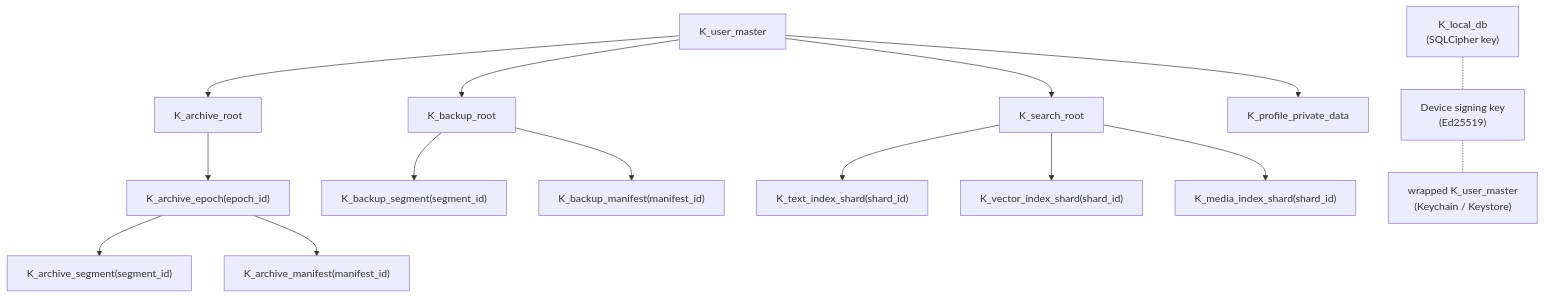
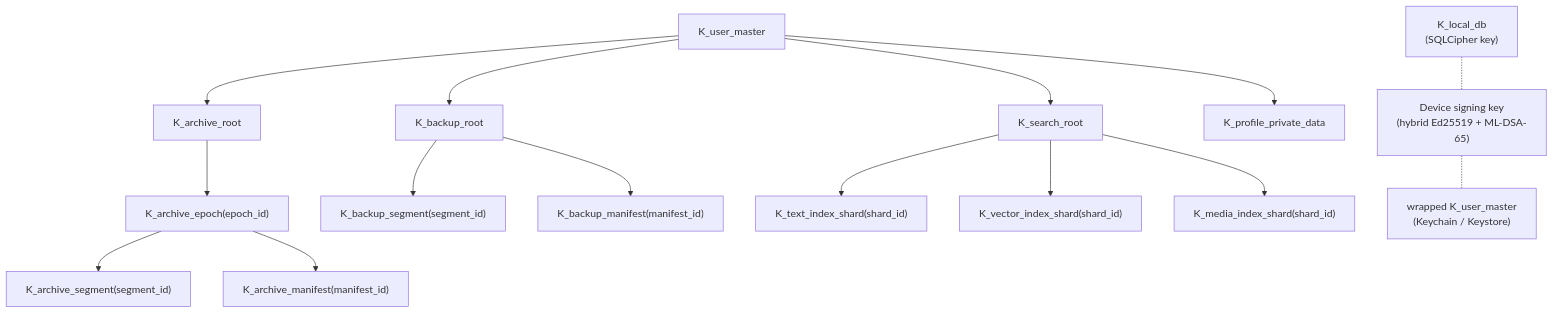
Before and after one commit to kennguy3n/chat-storage-search: diagram 14 of 34 in docs/ARCHITECTURE.md, drawn with Mermaid. The commit also changed other lines of this file and 22 other files, not shown here.

````diff
--- a/docs/ARCHITECTURE.md
+++ b/docs/ARCHITECTURE.md
@@ -1339,36 +1342,36 @@
 ```mermaid
 flowchart TD
     UM["K_user_master"]
     AR["K_archive_root"]
     AE["K_archive_epoch(epoch_id)"]
     BR["K_backup_root"]
     SR["K_search_root"]
     PR["K_profile_private_data"]
 
     AS["K_archive_segment(segment_id)"]
     AM["K_archive_manifest(manifest_id)"]
     BS["K_backup_segment(segment_id)"]
     BM["K_backup_manifest(manifest_id)"]
     TS["K_text_index_shard(shard_id)"]
     VS["K_vector_index_shard(shard_id)"]
     MS["K_media_index_shard(shard_id)"]
 
     UM --> AR
     UM --> BR
     UM --> SR
     UM --> PR
     AR --> AE
     AE --> AS
     AE --> AM
     BR --> BS
     BR --> BM
     SR --> TS
     SR --> VS
     SR --> MS
 
     LDB["K_local_db<br/>(SQLCipher key)"]
-    DSK["Device signing key<br/>(Ed25519)"]
+    DSK["Device signing key<br/>(hybrid Ed25519 + ML-DSA-65)"]
     UM_W["wrapped K_user_master<br/>(Keychain / Keystore)"]
 
     LDB -.- DSK -.- UM_W
 ```
````
